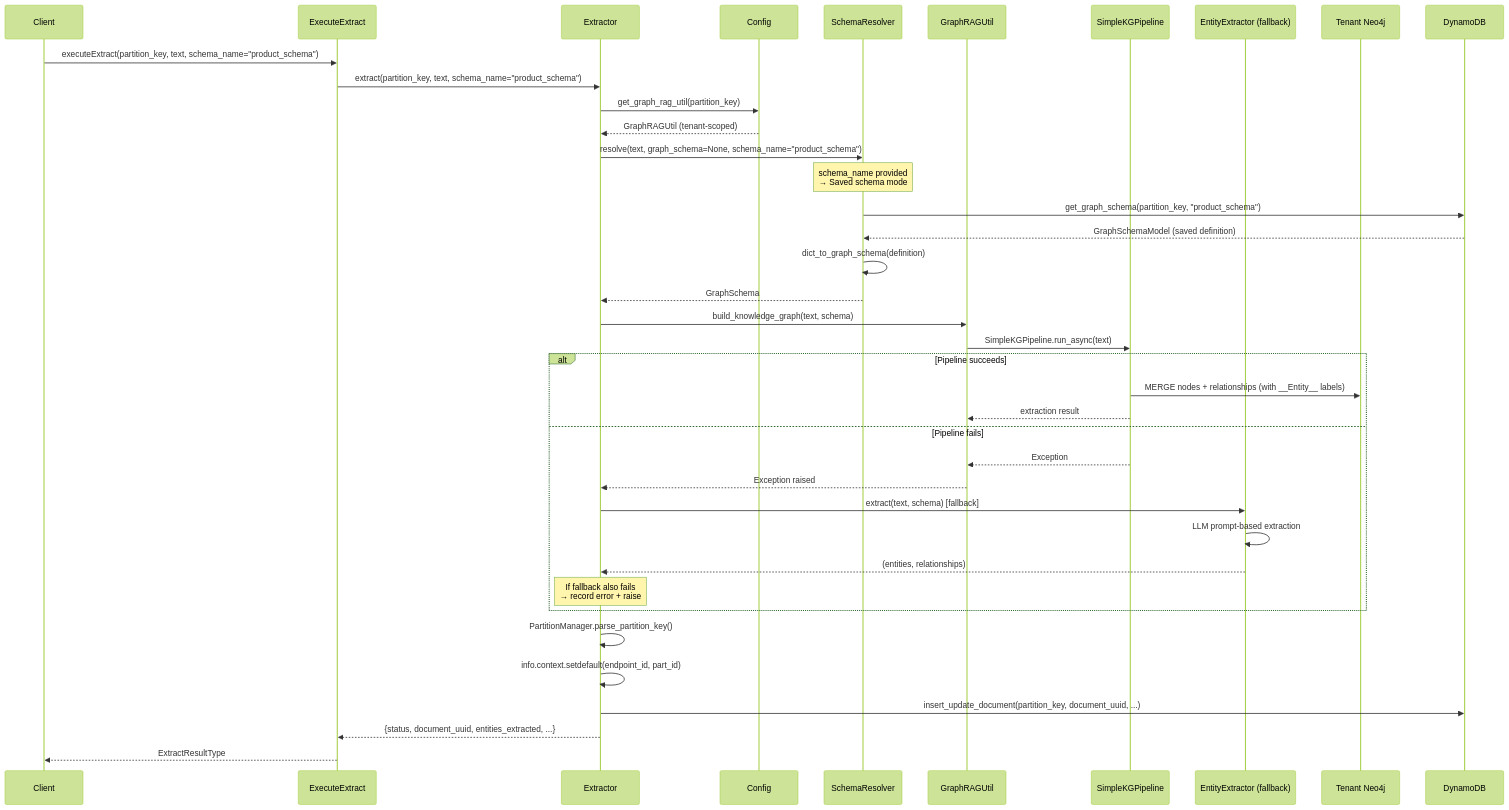
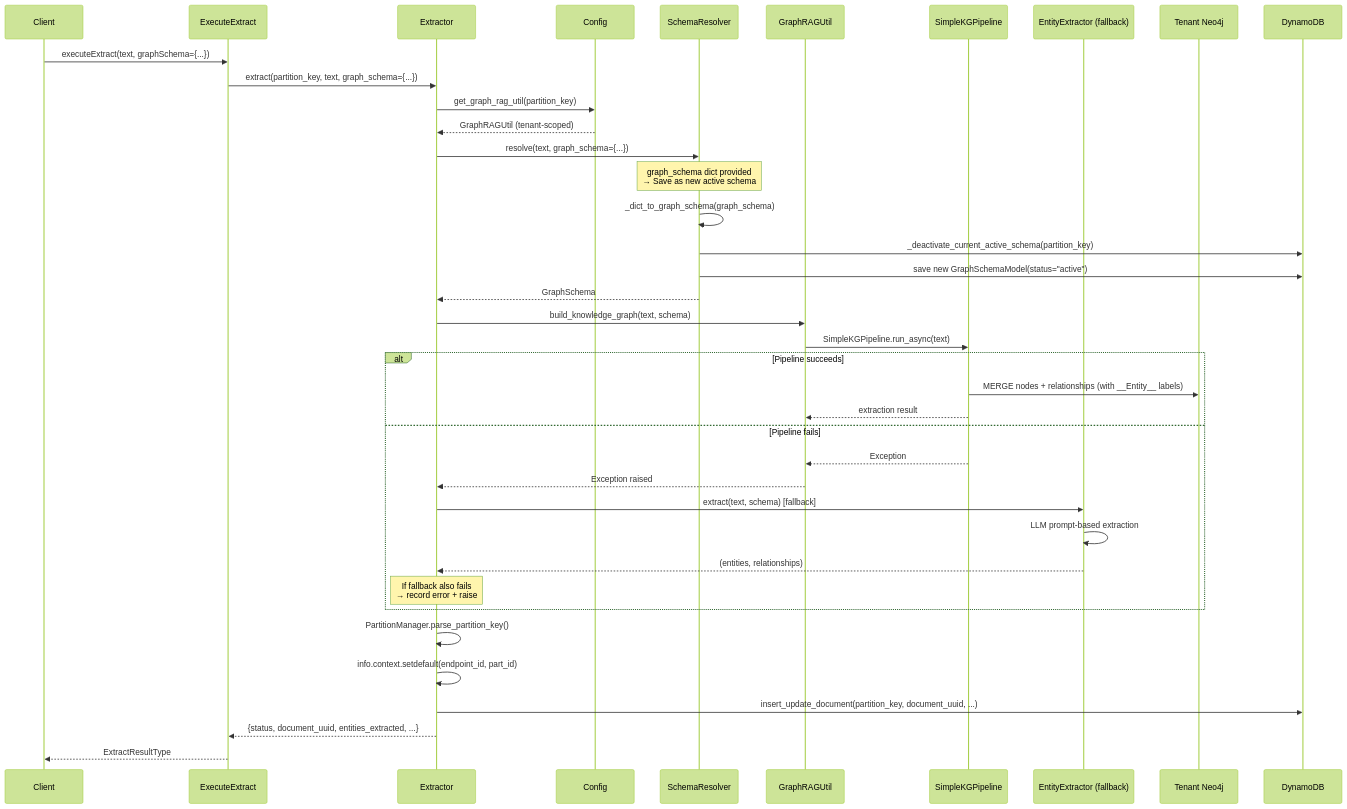
The second of 4 diagrams in docs/development_plan.md (ideabosque/knowledge_graph_engine), drawn with Mermaid (forest theme) before and after one commit. The commit also changed other lines of this file and 15 other files, not shown here.

Commit message:
Add the support for active schema and neo4j instance.

````diff
--- a/docs/development_plan.md
+++ b/docs/development_plan.md
@@ -403,48 +422,48 @@
 ```mermaid
 sequenceDiagram
     participant Client
     participant Mutation as ExecuteExtract
     participant Extractor
     participant Config
     participant SchemaResolver
     participant GraphRAGUtil
     participant Pipeline as SimpleKGPipeline
     participant EntityExtractor as EntityExtractor (fallback)
     participant Neo4j as Tenant Neo4j
     participant DynamoDB
 
-    Client->>Mutation: executeExtract(partition_key, text, schema_name="product_schema")
-    Mutation->>Extractor: extract(partition_key, text, schema_name="product_schema")
+    Client->>Mutation: executeExtract(text, graphSchema={...})
+    Mutation->>Extractor: extract(partition_key, text, graph_schema={...})
 
     Extractor->>Config: get_graph_rag_util(partition_key)
     Config-->>Extractor: GraphRAGUtil (tenant-scoped)
 
-    Extractor->>SchemaResolver: resolve(text, graph_schema=None, schema_name="product_schema")
-    Note over SchemaResolver: schema_name provided<br/>→ Saved schema mode
+    Extractor->>SchemaResolver: resolve(text, graph_schema={...})
+    Note over SchemaResolver: graph_schema dict provided<br/>→ Save as new active schema
 
-    SchemaResolver->>DynamoDB: get_graph_schema(partition_key, "product_schema")
-    DynamoDB-->>SchemaResolver: GraphSchemaModel (saved definition)
-    SchemaResolver->>SchemaResolver: dict_to_graph_schema(definition)
+    SchemaResolver->>SchemaResolver: _dict_to_graph_schema(graph_schema)
+    SchemaResolver->>DynamoDB: _deactivate_current_active_schema(partition_key)
+    SchemaResolver->>DynamoDB: save new GraphSchemaModel(status="active")
     SchemaResolver-->>Extractor: GraphSchema
 
     Extractor->>GraphRAGUtil: build_knowledge_graph(text, schema)
     GraphRAGUtil->>Pipeline: SimpleKGPipeline.run_async(text)
 
     alt Pipeline succeeds
         Pipeline->>Neo4j: MERGE nodes + relationships (with __Entity__ labels)
         Pipeline-->>GraphRAGUtil: extraction result
     else Pipeline fails
         Pipeline-->>GraphRAGUtil: Exception
         GraphRAGUtil-->>Extractor: Exception raised
         Extractor->>EntityExtractor: extract(text, schema) [fallback]
         EntityExtractor->>EntityExtractor: LLM prompt-based extraction
         EntityExtractor-->>Extractor: (entities, relationships)
         Note over Extractor: If fallback also fails<br/>→ record error + raise
     end
 
     Extractor->>Extractor: PartitionManager.parse_partition_key()
     Extractor->>Extractor: info.context.setdefault(endpoint_id, part_id)
     Extractor->>DynamoDB: insert_update_document(partition_key, document_uuid, ...)
     Extractor-->>Mutation: {status, document_uuid, entities_extracted, ...}
     Mutation-->>Client: ExtractResultType
 ```
````
